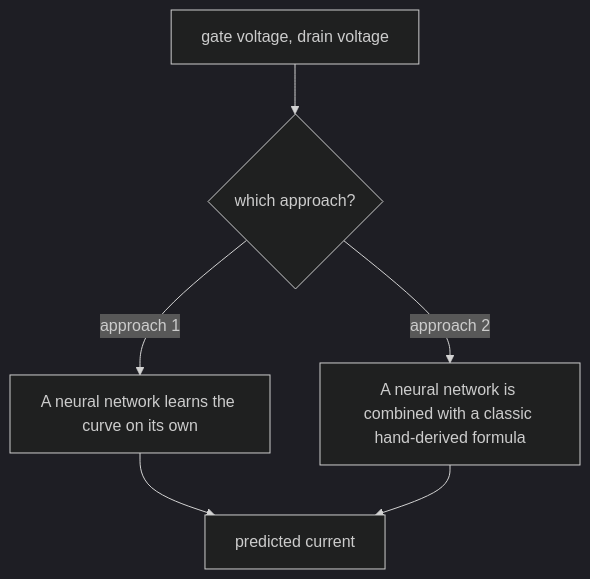
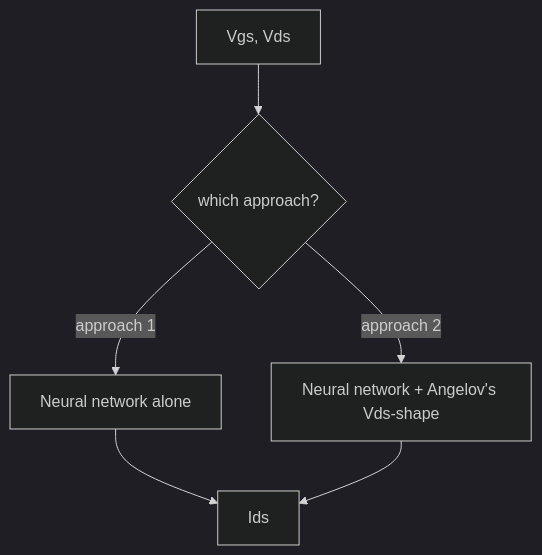
The first of 5 diagrams in docs/MODEL_ARCHITECTURES_EXPLAINED.md (Angel-AD/transistor_modeling), drawn with Mermaid (dark theme) before and after one commit. The commit also changed other lines of this file, not shown here.

First line of the commit message:
Redo MODEL_ARCHITECTURES_EXPLAINED.md as a light terminology pass, not a rewrite

````diff
--- a/docs/MODEL_ARCHITECTURES_EXPLAINED.md
+++ b/docs/MODEL_ARCHITECTURES_EXPLAINED.md
@@ -12,8 +17,8 @@
 ```mermaid
 flowchart TD
-    IN["gate voltage, drain voltage"] --> SPLIT{"which approach?"}
-    SPLIT -->|"approach 1"| PUREPATH["A neural network learns the curve on its own"]
-    SPLIT -->|"approach 2"| WRAPPATH["A neural network is combined with a classic hand-derived formula"]
-    PUREPATH --> OUT["predicted current"]
+    IN["Vgs, Vds"] --> SPLIT{"which approach?"}
+    SPLIT -->|"approach 1"| PUREPATH["Neural network alone"]
+    SPLIT -->|"approach 2"| WRAPPATH["Neural network + Angelov's Vds-shape"]
+    PUREPATH --> OUT["Ids"]
     WRAPPATH --> OUT
 ```
````
